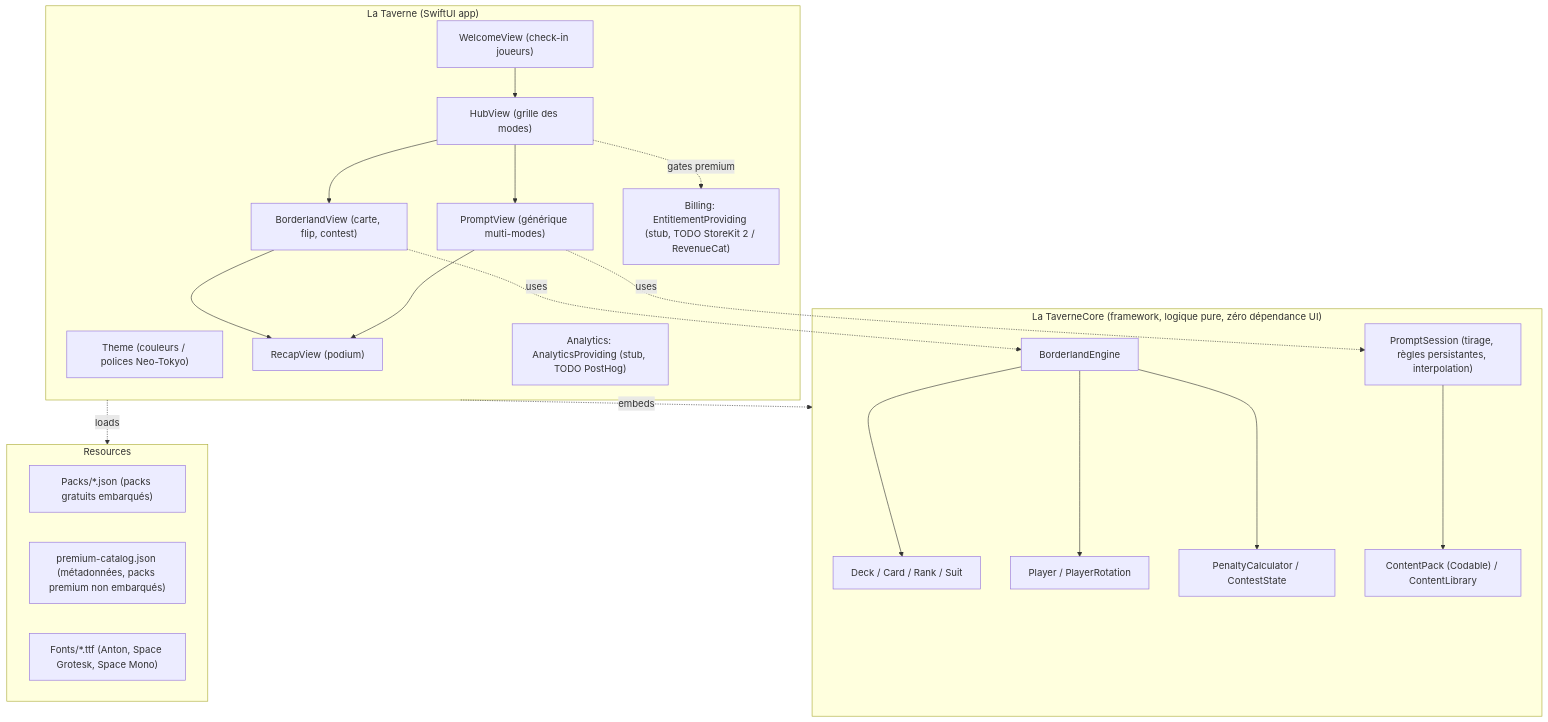
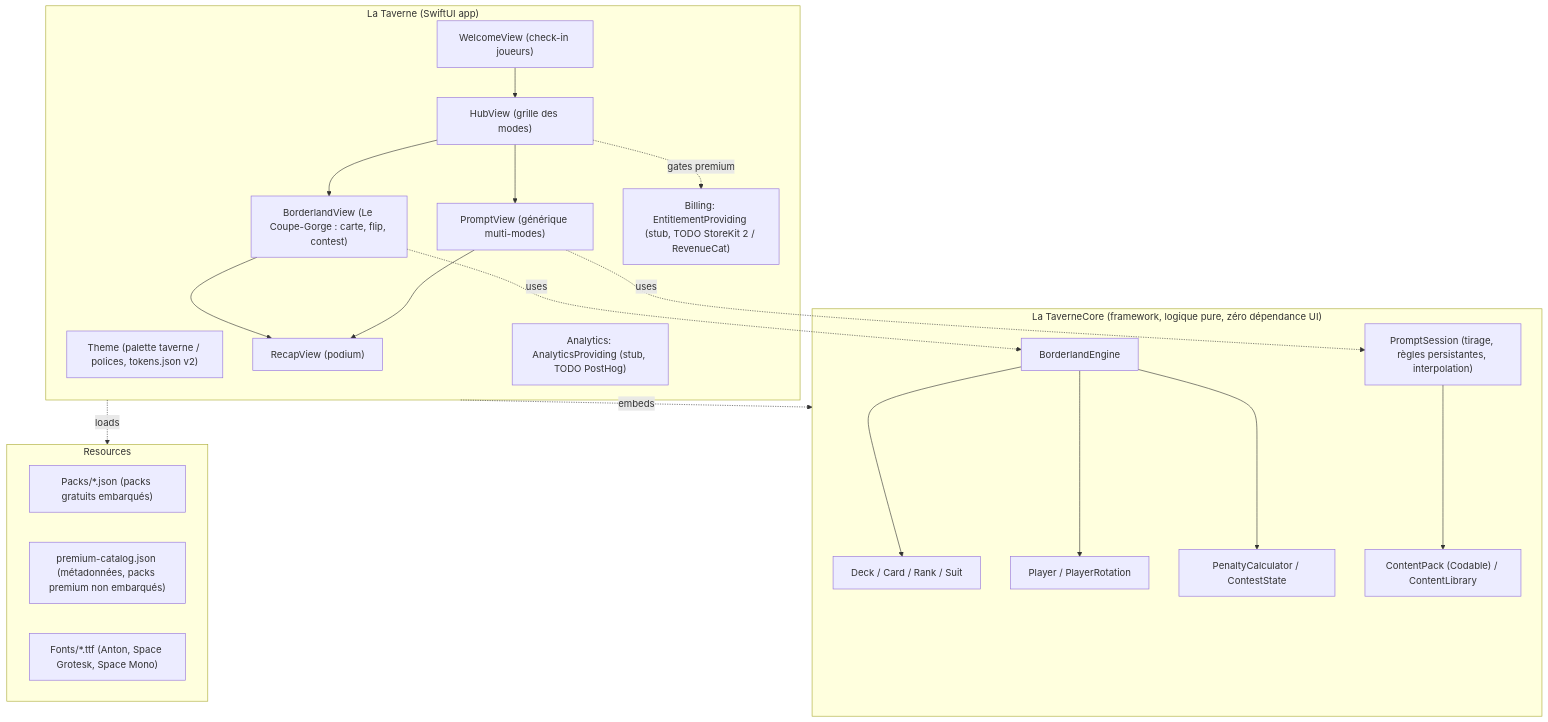
Before and after one commit to Adam-Blf/bacchana-ios: the diagram in README.md, drawn with Mermaid. The commit also changed other lines of this file and 9 other files, not shown here.

````diff
--- a/README.md
+++ b/README.md
@@ -49,42 +51,42 @@
 ```mermaid
 flowchart TD
     subgraph Core["La TaverneCore (framework, logique pure, zéro dépendance UI)"]
         Deck["Deck / Card / Rank / Suit"]
         Player["Player / PlayerRotation"]
         Penalty["PenaltyCalculator / ContestState"]
         Engine["BorderlandEngine"]
         Content["ContentPack (Codable) / ContentLibrary"]
         Prompt["PromptSession (tirage, règles persistantes, interpolation)"]
     end
 
     subgraph App["La Taverne (SwiftUI app)"]
-        Theme["Theme (couleurs / polices Neo-Tokyo)"]
+        Theme["Theme (palette taverne / polices, tokens.json v2)"]
         Welcome["WelcomeView (check-in joueurs)"]
         Hub["HubView (grille des modes)"]
-        Borderland["BorderlandView (carte, flip, contest)"]
+        Borderland["BorderlandView (Le Coupe-Gorge : carte, flip, contest)"]
         PromptView["PromptView (générique multi-modes)"]
         Recap["RecapView (podium)"]
         Billing["Billing: EntitlementProviding (stub, TODO StoreKit 2 / RevenueCat)"]
         Analytics["Analytics: AnalyticsProviding (stub, TODO PostHog)"]
     end
 
     subgraph Resources["Resources"]
         Packs["Packs/*.json (packs gratuits embarqués)"]
         Catalog["premium-catalog.json (métadonnées, packs premium non embarqués)"]
         Fonts["Fonts/*.ttf (Anton, Space Grotesk, Space Mono)"]
     end
 
     Welcome --> Hub --> Borderland
     Hub --> PromptView
     Borderland --> Recap
     PromptView --> Recap
     Engine --> Deck
     Engine --> Player
     Engine --> Penalty
     Prompt --> Content
     Borderland -.uses.-> Engine
     PromptView -.uses.-> Prompt
     App -.embeds.-> Core
     App -.loads.-> Resources
     Hub -.gates premium.-> Billing
 ```
````
